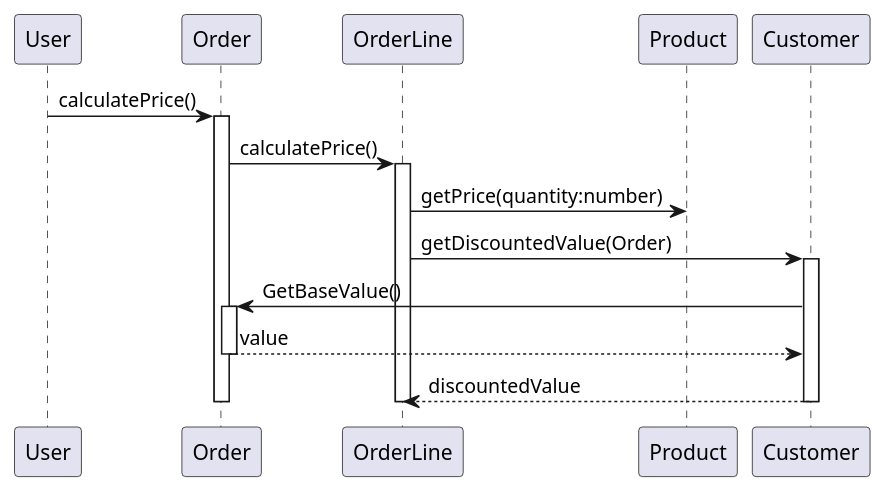
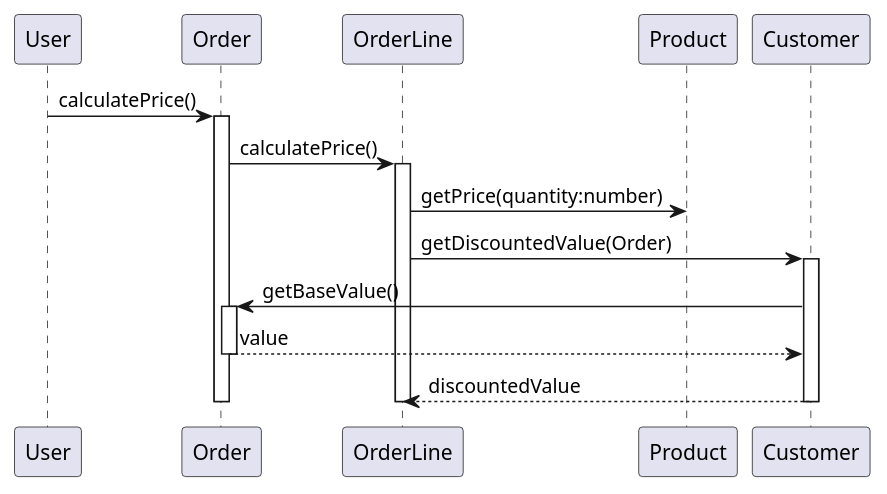
The diagram in README.md (pinetr2e/napkin), drawn with PlantUML before and after one commit. The commit also changed 4 other files, not shown here.

````diff
--- a/README.md
+++ b/README.md
@@ -20,25 +20,25 @@
 ```plantuml
 @startuml
 participant User
 participant Order
 participant OrderLine
 participant Product
 participant Customer
 
 User -> Order : calculatePrice()
 activate Order
 Order -> OrderLine : calculatePrice()
 activate OrderLine
 OrderLine -> Product : getPrice(quantity:number)
 OrderLine -> Customer : getDiscountedValue(Order)
 activate Customer
-Customer -> Order : GetBaseValue()
+Customer -> Order : getBaseValue()
 activate Order
 Customer <-- Order: value
 deactivate Order
 OrderLine <-- Customer: discountedValue
 deactivate Customer
 deactivate OrderLine
 deactivate Order
 @enduml
 ```
````
